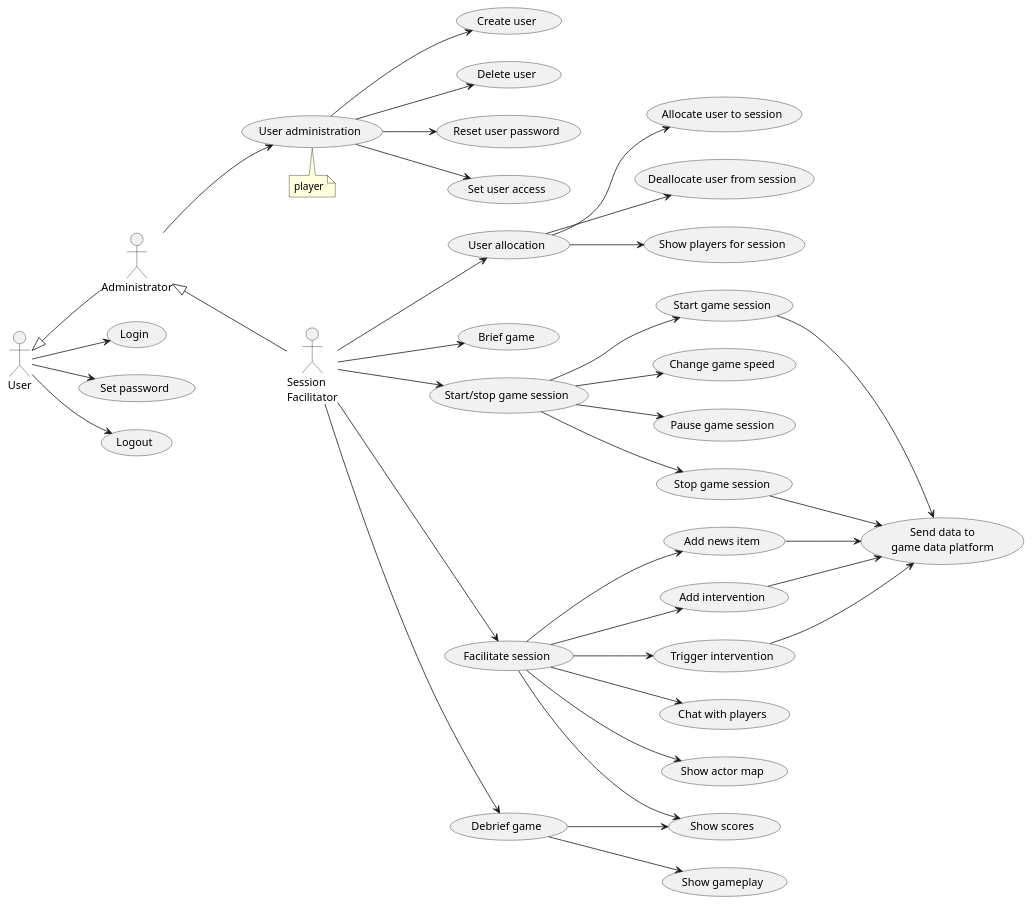
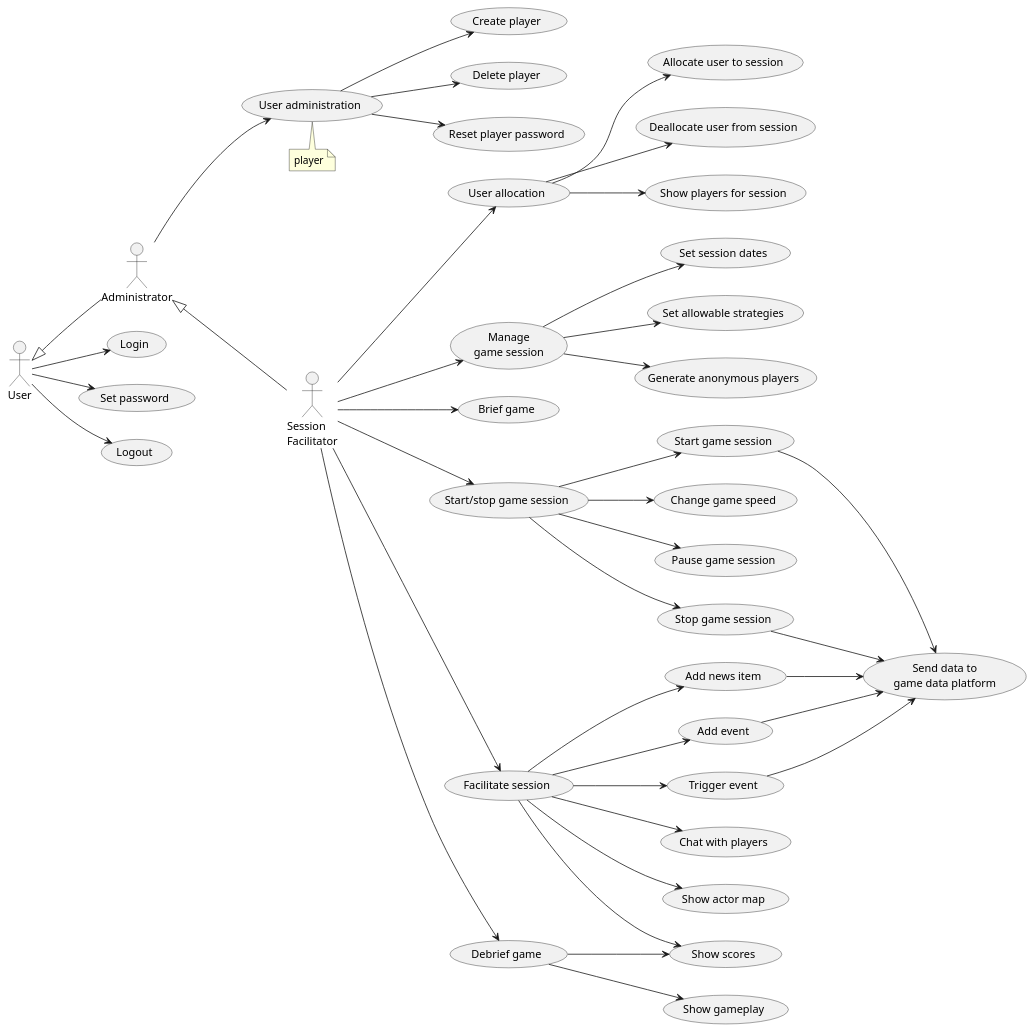
Before and after one commit to averbraeck/gscg-design: the diagram in doc/2-use-cases/diagrams/session-facilitation.puml, drawn with PlantUML. The commit also changed 2 other files, not shown here.

Commit message:
Issue #24. Allocate tasks to session admin and facilitator

```diff
--- a/doc/2-use-cases/diagrams/session-facilitation.puml
+++ b/doc/2-use-cases/diagrams/session-facilitation.puml
@@ -1,53 +1,58 @@
 @startuml
 left to right direction
  
 "Session\nFacilitator" as SF
 User <|-- Administrator
 Administrator <|-- SF
 
 User --> (Login)
 User --> (Set password)
 User --> (Logout)
 
 Administrator --> (User administration)
 note bottom
   player
 end note
 
-(User administration) --> (Create user)
-(User administration) --> (Delete user)
-(User administration) --> (Reset user password)
-(User administration) --> (Set user access)
+(User administration) --> (Create player)
+(User administration) --> (Delete player)
+(User administration) --> (Reset player password)
 
 SF --> (User allocation)
 (User allocation) --> (Allocate user to session)
 (User allocation) --> (Deallocate user from session)
 (User allocation) --> (Show players for session)
+
+"Manage\ngame session" as (Manage)
+SF --> Manage
+Manage --> (Set session dates)
+Manage --> (Set allowable strategies)
+Manage --> (Generate anonymous players)
 
 SF --> (Brief game)
 
 SF --> (Start/stop game session)
 (Start/stop game session) --> (Start game session)
 (Start/stop game session) --> (Change game speed)
 (Start/stop game session) --> (Pause game session)
 (Start/stop game session) --> (Stop game session)
 
 SF --> (Facilitate session)
 (Facilitate session) --> (Add news item)
-(Facilitate session) --> (Add intervention)
-(Facilitate session) --> (Trigger intervention)
+(Facilitate session) --> (Add event)
+(Facilitate session) --> (Trigger event)
 (Facilitate session) --> (Chat with players)
 (Facilitate session) --> (Show actor map)
 (Facilitate session) --> (Show scores)
 
 (Start game session) --> (Send data to\ngame data platform)
 (Add news item) --> (Send data to\ngame data platform)
-(Add intervention) --> (Send data to\ngame data platform)
-(Trigger intervention) --> (Send data to\ngame data platform)
+(Add event) --> (Send data to\ngame data platform)
+(Trigger event) --> (Send data to\ngame data platform)
 (Stop game session) --> (Send data to\ngame data platform)
 
 SF --> (Debrief game)
 (Debrief game) --> (Show scores)
 (Debrief game) --> (Show gameplay)
 
 @enduml
```
